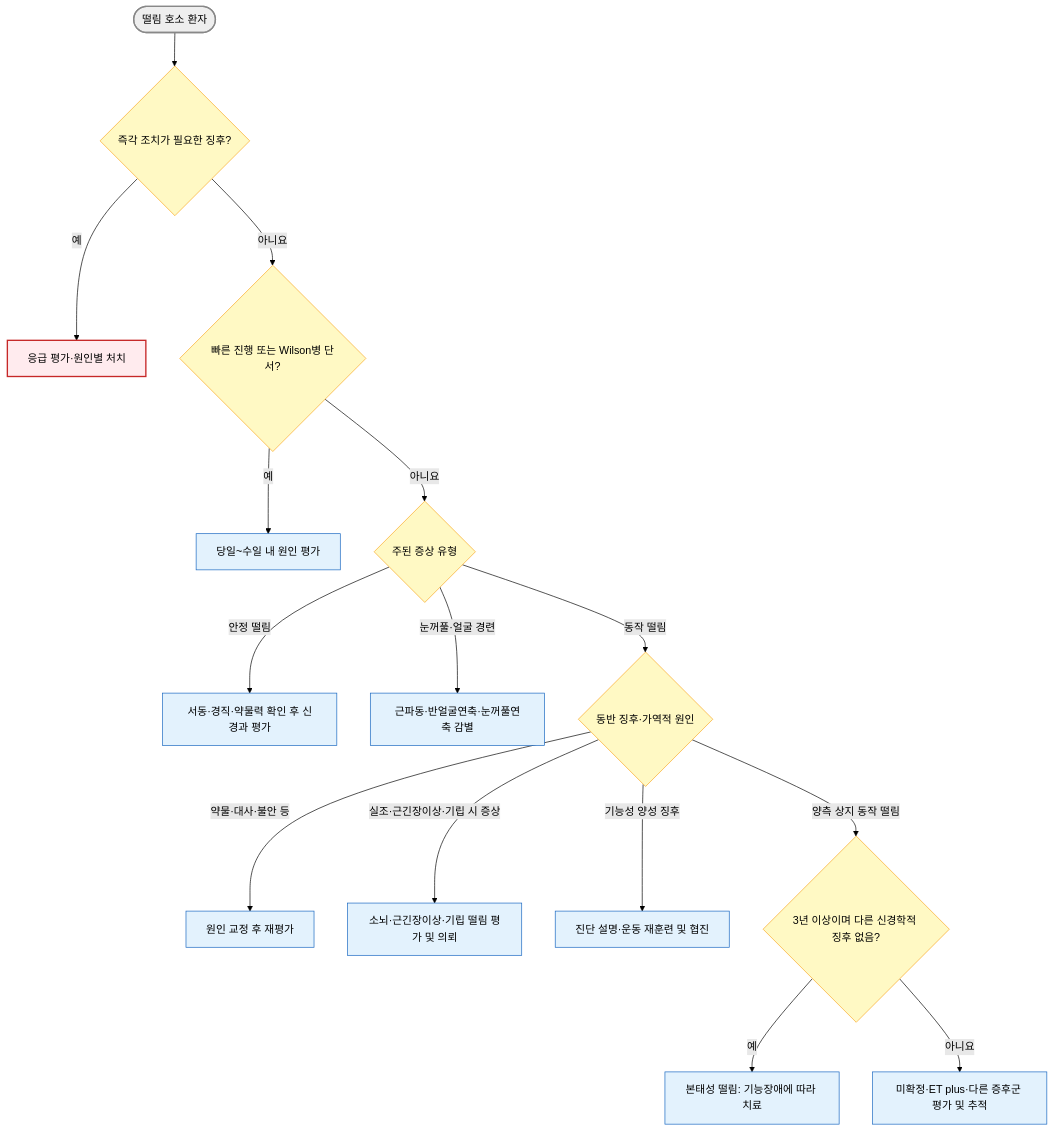
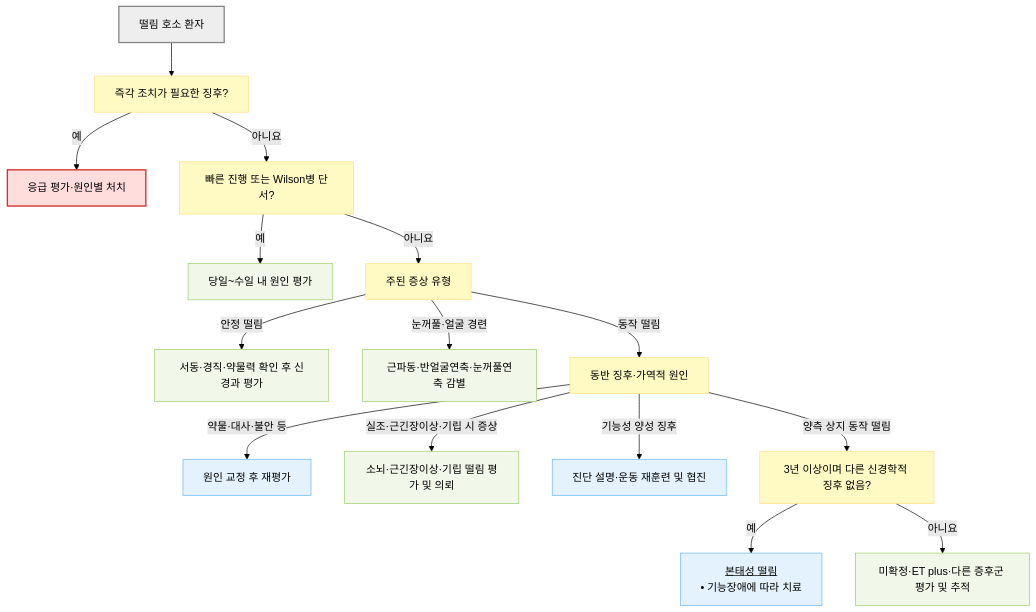
Before and after one commit to familyoh77/familyoh77: the first of 2 diagrams in 221_/034_-tremor.md, drawn with Mermaid (forest theme). The commit also changed other lines of this file and 17 other files, not shown here.

````diff
--- a/221_/034_-tremor.md
+++ b/221_/034_-tremor.md
@@ -134,24 +134,28 @@
 ```mermaid
 flowchart TD
-    A(["떨림 호소 환자"]) --> B{"즉각 조치가 필요한 징후?"}
+    A["떨림 호소 환자"] --> B["즉각 조치가 필요한 징후?"]
     B -- "예" --> C["응급 평가·원인별 처치"]
-    B -- "아니요" --> D{"빠른 진행 또는 Wilson병 단서?"}
+    B -- "아니요" --> D["빠른 진행 또는 Wilson병 단서?"]
     D -- "예" --> E["당일~수일 내 원인 평가"]
-    D -- "아니요" --> F{"주된 증상 유형"}
+    D -- "아니요" --> F["주된 증상 유형"]
     F -- "안정 떨림" --> G["서동·경직·약물력 확인 후 신경과 평가"]
     F -- "눈꺼풀·얼굴 경련" --> H["근파동·반얼굴연축·눈꺼풀연축 감별"]
-    F -- "동작 떨림" --> I{"동반 징후·가역적 원인"}
+    F -- "동작 떨림" --> I["동반 징후·가역적 원인"]
     I -- "약물·대사·불안 등" --> J["원인 교정 후 재평가"]
     I -- "실조·근긴장이상·기립 시 증상" --> K["소뇌·근긴장이상·기립 떨림 평가 및 의뢰"]
     I -- "기능성 양성 징후" --> L["진단 설명·운동 재훈련 및 협진"]
-    I -- "양측 상지 동작 떨림" --> M{"3년 이상이며 다른 신경학적 징후 없음?"}
-    M -- "예" --> N["본태성 떨림: 기능장애에 따라 치료"]
+    I -- "양측 상지 동작 떨림" --> M["3년 이상이며 다른 신경학적 징후 없음?"]
+    M -- "예" --> N["<u>본태성 떨림</u><br/>• 기능장애에 따라 치료"]
     M -- "아니요" --> O["미확정·ET plus·다른 증후군 평가 및 추적"]
-    style A fill:#eee,stroke:#888,stroke-width:2px
-    classDef decision fill:#fff9c4,stroke:#f9a825
-    classDef emergency fill:#ffebee,stroke:#c62828,stroke-width:2px
-    classDef action fill:#e3f2fd,stroke:#1565c0
-    class B,D,F,I,M decision
+
+    classDef start fill:#eeeeee,stroke:#888888,stroke-width:2px
+    classDef question fill:#fff9c4,stroke:#ffe082
+    classDef emergency fill:#ffdddd,stroke:#d32f2f,stroke-width:2px
+    classDef evaluation fill:#f1f8e9,stroke:#9ccc65
+    classDef treatment fill:#e3f2fd,stroke:#64b5f6
+    class A start
+    class B,D,F,I,M question
     class C emergency
-    class E,G,H,J,K,L,N,O action
+    class E,G,H,K,O evaluation
+    class J,L,N treatment
 ```
````
